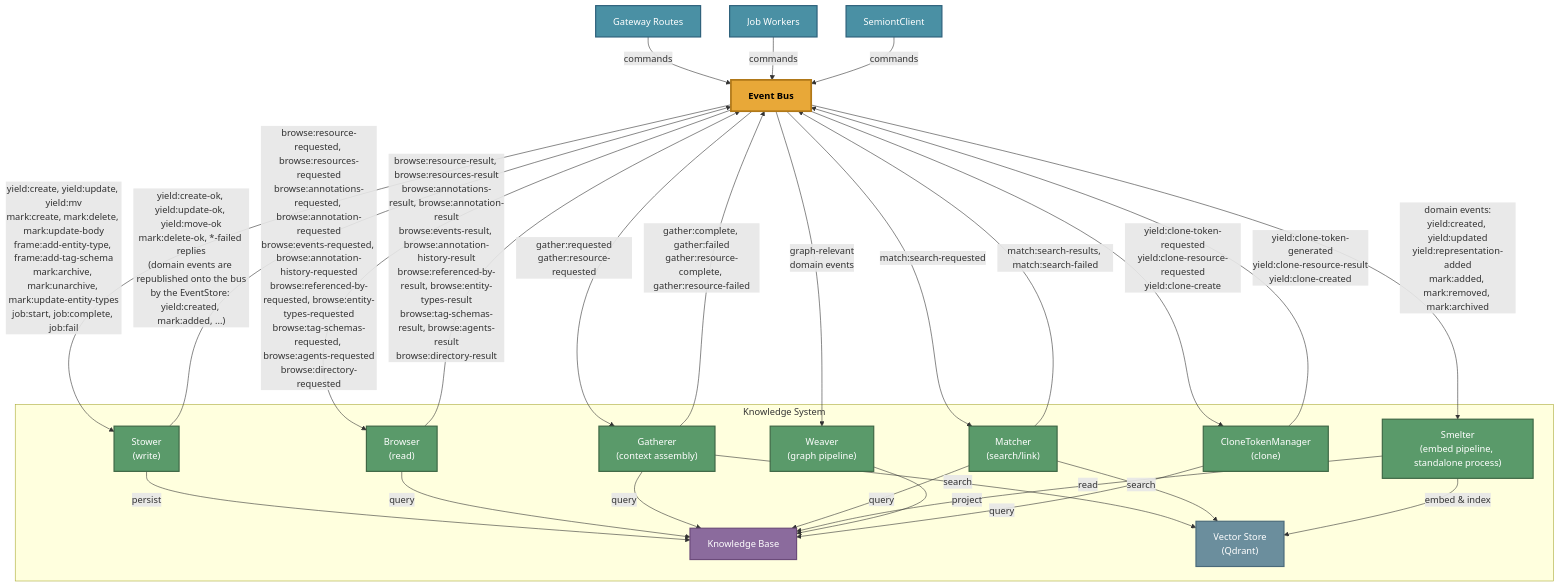
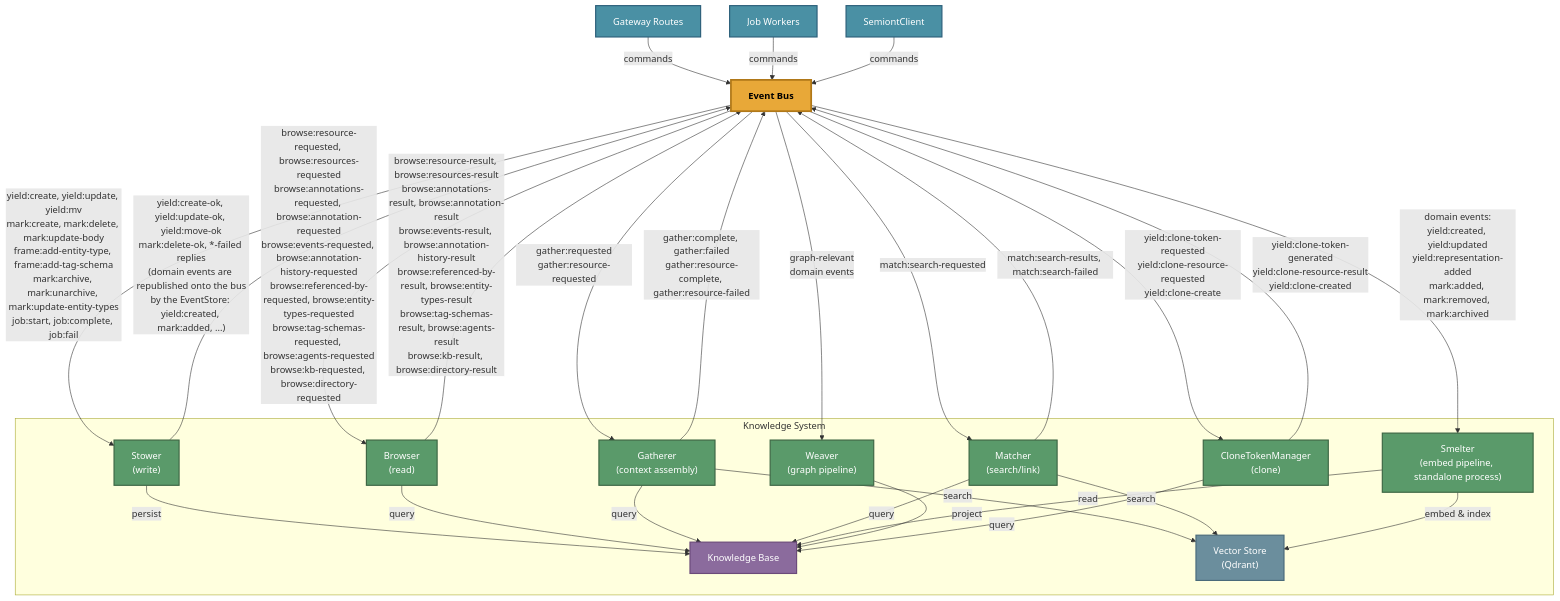
One commit to The-AI-Alliance/semiont changed the diagram in packages/make-meaning/README.md. Above: the diagram before and after it, drawn with Mermaid. The commit also changed other lines of this file and 75 other files, not shown here.

````diff
--- a/packages/make-meaning/README.md
+++ b/packages/make-meaning/README.md
@@ -120,54 +120,54 @@
 ```mermaid
 graph TB
     Routes["Gateway Routes"] -->|commands| BUS["Event Bus"]
     Workers["Job Workers"] -->|commands| BUS
     EBC["SemiontClient"] -->|commands| BUS
 
     subgraph ks ["Knowledge System"]
         STOWER["Stower<br/>(write)"]
         BROWSER["Browser<br/>(read)"]
         GATHERER["Gatherer<br/>(context assembly)"]
         MATCHER["Matcher<br/>(search/link)"]
         SMELTER["Smelter<br/>(embed pipeline, standalone process)"]
         WEAVER["Weaver<br/>(graph pipeline)"]
         CTM["CloneTokenManager<br/>(clone)"]
         KB["Knowledge Base"]
         VECTORS["Vector Store<br/>(Qdrant)"]
         STOWER -->|persist| KB
         BROWSER -->|query| KB
         GATHERER -->|query| KB
         GATHERER -->|search| VECTORS
         MATCHER -->|query| KB
         MATCHER -->|search| VECTORS
         SMELTER -->|embed & index| VECTORS
         SMELTER -->|read| KB
         WEAVER -->|project| KB
         CTM -->|query| KB
     end
 
     BUS -->|"yield:create, yield:update, yield:mv<br/>mark:create, mark:delete, mark:update-body<br/>frame:add-entity-type, frame:add-tag-schema<br/>mark:archive, mark:unarchive, mark:update-entity-types<br/>job:start, job:complete, job:fail"| STOWER
-    BUS -->|"browse:resource-requested, browse:resources-requested<br/>browse:annotations-requested, browse:annotation-requested<br/>browse:events-requested, browse:annotation-history-requested<br/>browse:referenced-by-requested, browse:entity-types-requested<br/>browse:tag-schemas-requested, browse:agents-requested<br/>browse:directory-requested"| BROWSER
+    BUS -->|"browse:resource-requested, browse:resources-requested<br/>browse:annotations-requested, browse:annotation-requested<br/>browse:events-requested, browse:annotation-history-requested<br/>browse:referenced-by-requested, browse:entity-types-requested<br/>browse:tag-schemas-requested, browse:agents-requested<br/>browse:kb-requested, browse:directory-requested"| BROWSER
     BUS -->|"gather:requested<br/>gather:resource-requested"| GATHERER
     BUS -->|"match:search-requested"| MATCHER
     BUS -->|"domain events:<br/>yield:created, yield:updated<br/>yield:representation-added<br/>mark:added, mark:removed, mark:archived"| SMELTER
     BUS -->|"graph-relevant<br/>domain events"| WEAVER
     BUS -->|"yield:clone-token-requested<br/>yield:clone-resource-requested<br/>yield:clone-create"| CTM
 
     STOWER -->|"yield:create-ok, yield:update-ok, yield:move-ok<br/>mark:delete-ok, *-failed replies<br/>(domain events are republished onto the bus<br/>by the EventStore: yield:created, mark:added, ...)"| BUS
-    BROWSER -->|"browse:resource-result, browse:resources-result<br/>browse:annotations-result, browse:annotation-result<br/>browse:events-result, browse:annotation-history-result<br/>browse:referenced-by-result, browse:entity-types-result<br/>browse:tag-schemas-result, browse:agents-result<br/>browse:directory-result"| BUS
+    BROWSER -->|"browse:resource-result, browse:resources-result<br/>browse:annotations-result, browse:annotation-result<br/>browse:events-result, browse:annotation-history-result<br/>browse:referenced-by-result, browse:entity-types-result<br/>browse:tag-schemas-result, browse:agents-result<br/>browse:kb-result, browse:directory-result"| BUS
     GATHERER -->|"gather:complete, gather:failed<br/>gather:resource-complete, gather:resource-failed"| BUS
     MATCHER -->|"match:search-results, match:search-failed"| BUS
     CTM -->|"yield:clone-token-generated<br/>yield:clone-resource-result<br/>yield:clone-created"| BUS
 
     classDef bus fill:#e8a838,stroke:#b07818,stroke-width:3px,color:#000,font-weight:bold
     classDef actor fill:#5a9a6a,stroke:#3d6644,stroke-width:2px,color:#fff
     classDef kb fill:#8b6b9d,stroke:#6b4a7a,stroke-width:2px,color:#fff
     classDef caller fill:#4a90a4,stroke:#2c5f7a,stroke-width:2px,color:#fff
 
     class BUS bus
     classDef vectorstore fill:#6b8e9d,stroke:#4a6a7a,stroke-width:2px,color:#fff
     class STOWER,BROWSER,GATHERER,MATCHER,SMELTER,WEAVER,CTM actor
     class KB kb
     class VECTORS vectorstore
     class Routes,Workers,EBC caller
 ```
````
